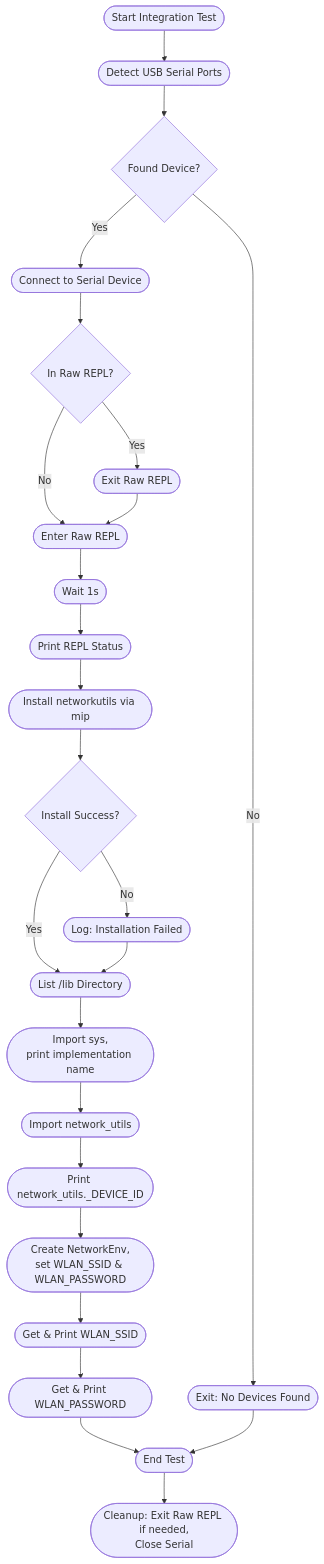
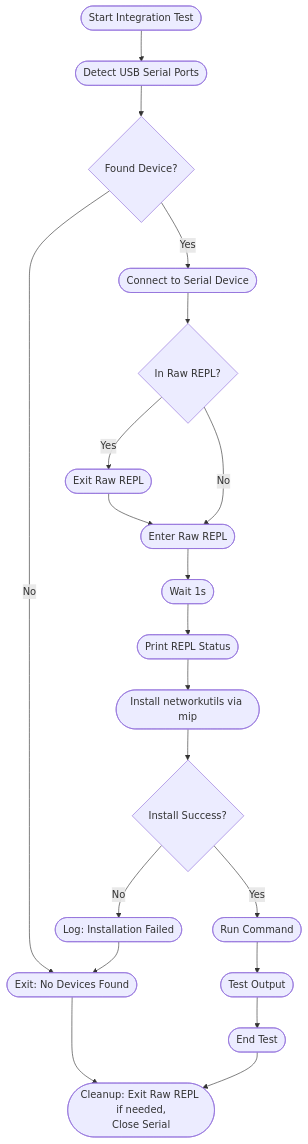
One commit to andyrids/micropython-networkutils changed the diagram in TESTING.md. Above: the diagram before and after it, drawn with Mermaid. The commit also changed other lines of this file, not shown here.

````diff
--- a/TESTING.md
+++ b/TESTING.md
@@ -33,50 +55,40 @@
 ```mermaid
 flowchart TD
     A([Start Integration Test])
     B([Detect USB Serial Ports])
     C{Found Device?}
     D([Connect to Serial Device])
     E{In Raw REPL?}
     F([Exit Raw REPL])
     G([Enter Raw REPL])
     H([Wait 1s])
     I([Print REPL Status])
     J([Install networkutils via mip])
     K{Install Success?}
     Y([Log: Installation Failed])
-    L([List /lib Directory])
-    M([Import sys,<br/>print implementation name])
-    N([Import network_utils])
-    O([Print network_utils._DEVICE_ID])
-    P([Create NetworkEnv,<br/>set WLAN_SSID & WLAN_PASSWORD])
-    Q([Get & Print WLAN_SSID])
-    R([Get & Print WLAN_PASSWORD])
-    S([End Test])
-    Z([Exit: No Devices Found])
-    T([Cleanup: Exit Raw REPL if needed,<br/>Close Serial])
+    L([Run Command])
+    M([Test Output])
+    N([End Test])
+    O([Exit: No Devices Found])
+    P([Cleanup: Exit Raw REPL if needed,<br/>Close Serial])
 
     A --> B
     B --> C
-    C -- No --> Z
+    C -- No --> O
     C -- Yes --> D
     D --> E
     E -- Yes --> F
     E -- No --> G
     F --> G
     G --> H
     H --> I
     I --> J
     J --> K
     K -- No --> Y
     K -- Yes --> L
-    Y --> L
+    Y --> O
     L --> M
     M --> N
-    N --> O
+    N --> P
     O --> P
-    P --> Q
-    Q --> R
-    R --> S
-    Z --> S
-    S --> T
 ```
````
